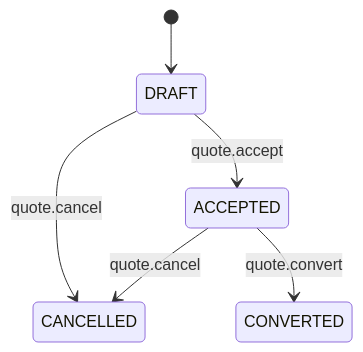
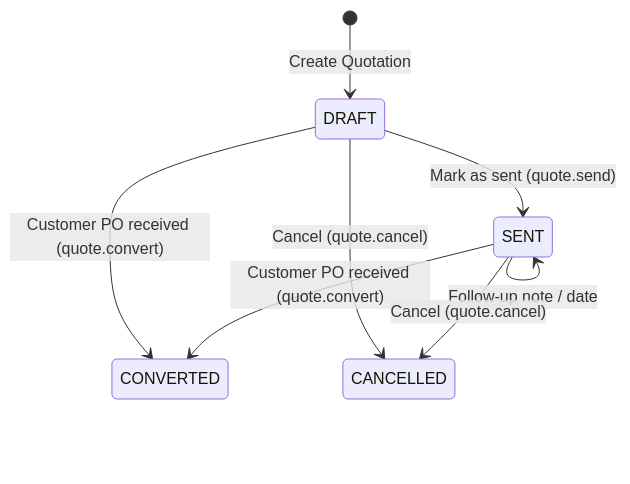
Before and after one commit to tenarm/docs: the first of 2 diagrams in user-guides/modules/sales.md, drawn with Mermaid. The commit also changed other lines of this file and 42 other files, not shown here.

````diff
--- a/user-guides/modules/sales.md
+++ b/user-guides/modules/sales.md
@@ -17,8 +117,10 @@
 ```mermaid
 stateDiagram-v2
-    [*] --> DRAFT
-    DRAFT --> ACCEPTED : quote.accept
-    DRAFT --> CANCELLED : quote.cancel
-    ACCEPTED --> CANCELLED : quote.cancel
-    ACCEPTED --> CONVERTED : quote.convert
+    [*] --> DRAFT : Create Quotation
+    DRAFT --> SENT : Mark as sent (quote.send)
+    SENT --> SENT : Follow-up note / date
+    DRAFT --> CONVERTED : Customer PO received (quote.convert)
+    SENT --> CONVERTED : Customer PO received (quote.convert)
+    DRAFT --> CANCELLED : Cancel (quote.cancel)
+    SENT --> CANCELLED : Cancel (quote.cancel)
 ```
````
